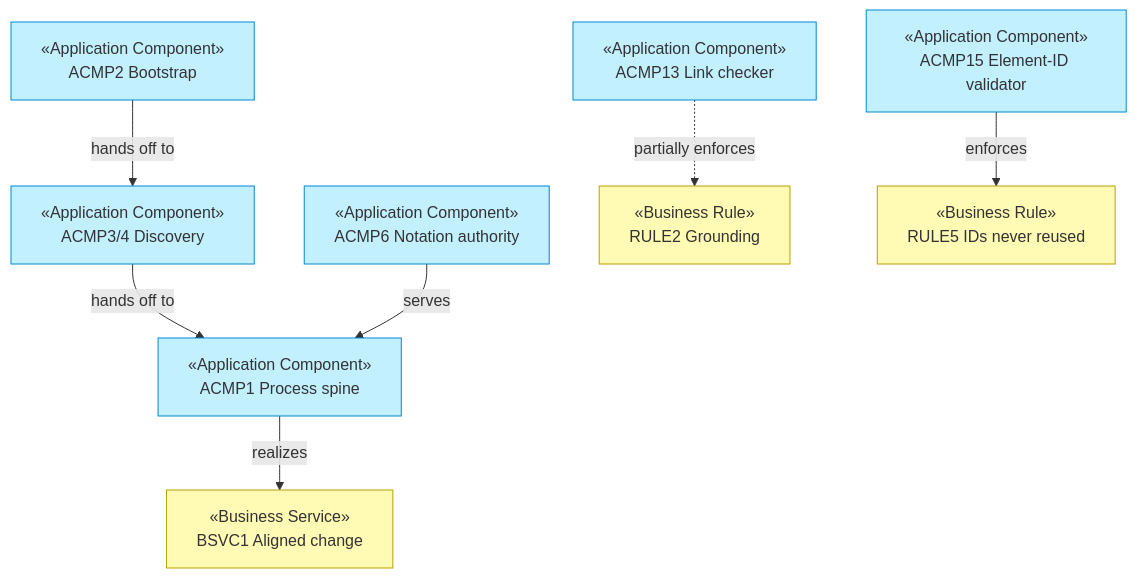
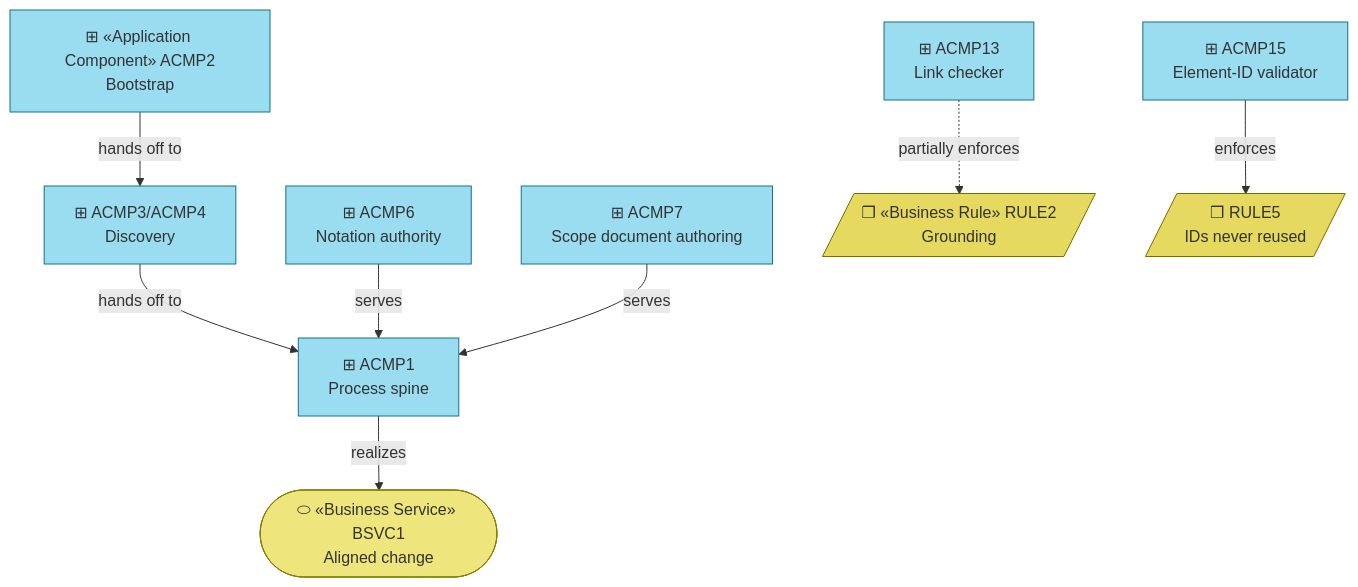
The second of 2 diagrams in meta/ea/4_application/1_application-components.md (roanboc/architecture-archreator), drawn with Mermaid before and after one commit. The commit also changed other lines of this file and 7 other files, not shown here.

````diff
--- a/meta/ea/4_application/1_application-components.md
+++ b/meta/ea/4_application/1_application-components.md
@@ -62,23 +33,26 @@
 ```mermaid
 flowchart TB
-  acmp1["«Application Component»<br>ACMP1 Process spine"]:::application
-  acmp2["«Application Component»<br>ACMP2 Bootstrap"]:::application
-  acmp3["«Application Component»<br>ACMP3/4 Discovery"]:::application
-  acmp6["«Application Component»<br>ACMP6 Notation authority"]:::application
-  acmp13["«Application Component»<br>ACMP13 Link checker"]:::application
-  acmp15["«Application Component»<br>ACMP15 Element-ID validator"]:::application
+  acmp2["⊞ «Application Component» ACMP2<br>Bootstrap"]:::component
+  acmp3["⊞ ACMP3/ACMP4<br>Discovery"]:::component
+  acmp1["⊞ ACMP1<br>Process spine"]:::component
+  acmp6["⊞ ACMP6<br>Notation authority"]:::component
+  acmp7["⊞ ACMP7<br>Scope document authoring"]:::component
+  acmp13["⊞ ACMP13<br>Link checker"]:::component
+  acmp15["⊞ ACMP15<br>Element-ID validator"]:::component
 
-  bsvc1["«Business Service»<br>BSVC1 Aligned change"]:::business
-  rule2["«Business Rule»<br>RULE2 Grounding"]:::business
-  rule5["«Business Rule»<br>RULE5 IDs never reused"]:::business
+  bsvc1(["⬭ «Business Service» BSVC1<br>Aligned change"]):::service
+  rule2[/"❒ «Business Rule» RULE2<br>Grounding"/]:::rule
+  rule5[/"❒ RULE5<br>IDs never reused"/]:::rule
 
   acmp2 -->|hands off to| acmp3
   acmp3 -->|hands off to| acmp1
   acmp1 -->|realizes| bsvc1
   acmp6 -->|serves| acmp1
+  acmp7 -->|serves| acmp1
   acmp13 -.->|partially enforces| rule2
   acmp15 -->|enforces| rule5
 
-  classDef application fill:#c2f0ff,stroke:#0288d1,color:#333
-  classDef business fill:#fffbb5,stroke:#b8a200,color:#333
+  classDef component fill:#9adcf0,stroke:#1a6f8c,color:#333
+  classDef service fill:#efe57d,stroke:#8a7a00,color:#333
+  classDef rule fill:#e5d95f,stroke:#7a6c00,color:#333
 ```
````
